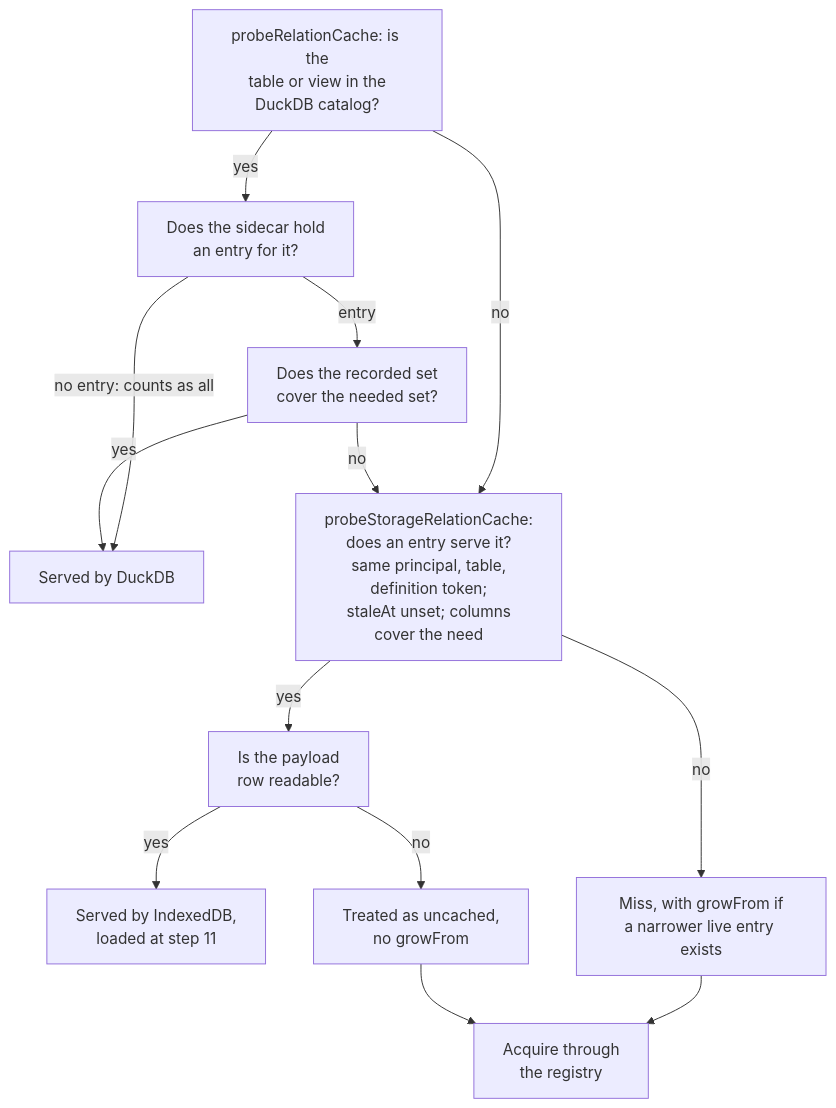
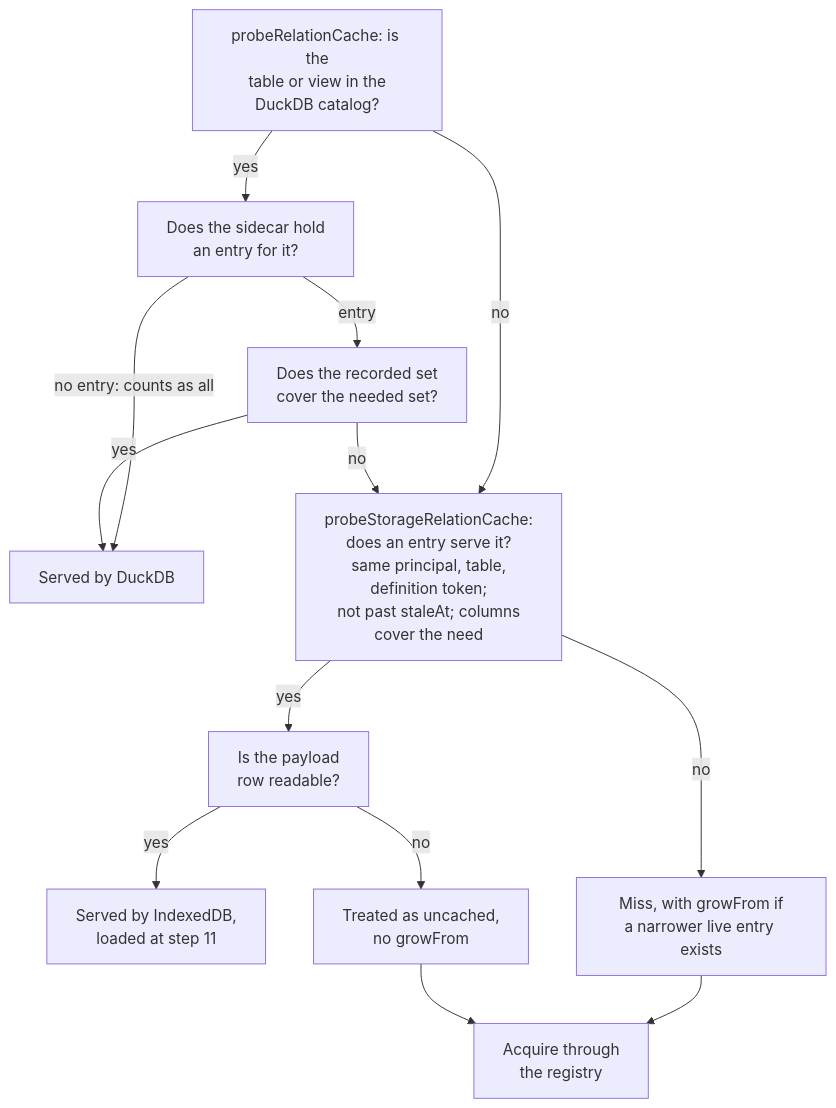
One commit to AvandarLabs/avandar changed the second of 5 diagrams in docs/qetl-architecture.md. Above: the diagram before and after it, drawn with Mermaid. The commit also changed other lines of this file and 5031 other files, not shown here.

````diff
--- a/docs/qetl-architecture.md
+++ b/docs/qetl-architecture.md
@@ -188,25 +225,25 @@
 ```mermaid
 flowchart TD
   A["probeRelationCache: is the<br/>table or view in the<br/>DuckDB catalog?"]
   B["Does the sidecar hold<br/>an entry for it?"]
   C["Does the recorded set<br/>cover the needed set?"]
   HIT1["Served by DuckDB"]
-  D["probeStorageRelationCache:<br/>does an entry serve it?<br/>same principal, table,<br/>definition token;<br/>staleAt unset; columns<br/>cover the need"]
+  D["probeStorageRelationCache:<br/>does an entry serve it?<br/>same principal, table,<br/>definition token;<br/>not past staleAt; columns<br/>cover the need"]
   E["Is the payload<br/>row readable?"]
   HIT2["Served by IndexedDB,<br/>loaded at step 11"]
   F["Miss, with growFrom if<br/>a narrower live entry exists"]
   G["Treated as uncached,<br/>no growFrom"]
   H["Acquire through<br/>the registry"]
   A -->|"no"| D
   A -->|"yes"| B
   B -->|"no entry: counts as all"| HIT1
   B -->|"entry"| C
   C -->|"yes"| HIT1
   C -->|"no"| D
   D -->|"yes"| E
   D -->|"no"| F
   E -->|"yes"| HIT2
   E -->|"no"| G
   F --> H
   G --> H
 ```
````
